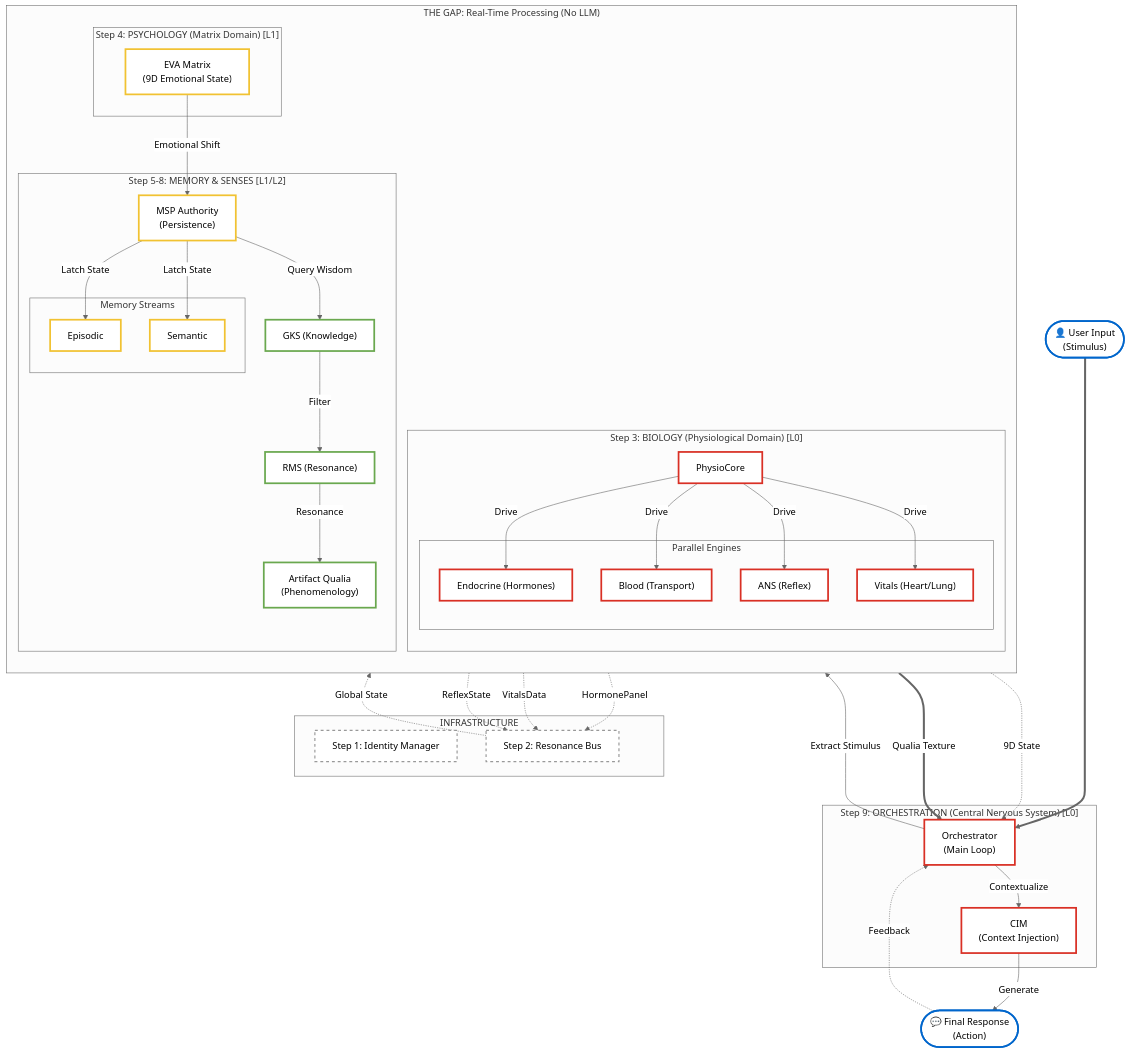
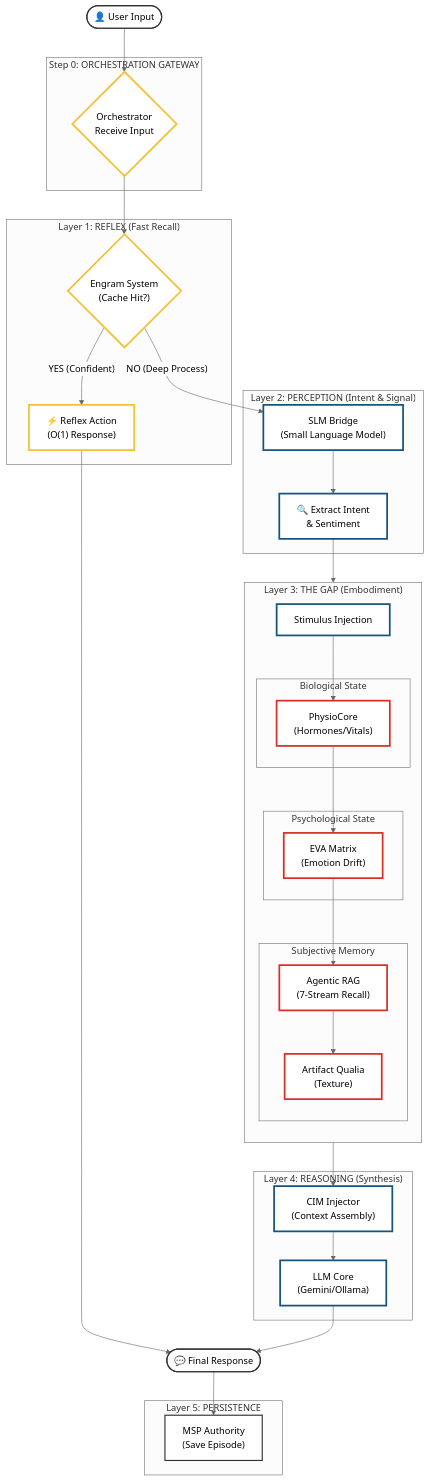
Before and after one commit to Freshair129/agentic_agent: the diagram in docs/03_Architecture/FULL_SYSTEM_ARCHITECTURE_v9.6.2.md, drawn with Mermaid (neutral theme). The commit also changed other lines of this file, not shown here.

Commit message:
[Docs] Redesigned Diagram to Logical Pipeline (Input -> Reflex -> Intent -> Gap)

````diff
--- a/docs/03_Architecture/FULL_SYSTEM_ARCHITECTURE_v9.6.2.md
+++ b/docs/03_Architecture/FULL_SYSTEM_ARCHITECTURE_v9.6.2.md
@@ -14,128 +14,96 @@
 ```mermaid
-graph TB
+graph TD
     %% ==========================================
-    %% EXTERNAL LAYER
+    %% 1. INPUT LAYER
     %% ==========================================
-    UserIn(["👤 User Input<br/>(Stimulus)"])
-    UserOut(["💬 Final Response<br/>(Action)"])
-
-    %% ==========================================
-    %% ORCHESTRATION (The Gatekeeper)
-    %% ==========================================
-    subgraph CNS ["Step 9: ORCHESTRATION (Central Nervous System) [L0]"]
-        Orch["Orchestrator<br/>(Main Loop)"]
-        CIM["CIM<br/>(Context Injection)"]
+    UserIn(["👤 User Input"]) --> OrchStart
+    
+    subgraph CNS ["Step 0: ORCHESTRATION GATEWAY"]
+        OrchStart{"Orchestrator<br/>Receive Input"}
     end
 
     %% ==========================================
-    %% THE GAP (Bio-Digital Processing)
+    %% 2. REFLEX LAYER (O1 - Fast Recall)
     %% ==========================================
-    subgraph TheGap ["THE GAP: Real-Time Processing (No LLM)"]
+    subgraph Reflex ["Layer 1: REFLEX (Fast Recall)"]
+        EngramCheck{"Engram System<br/>(Cache Hit?)"}
+        EngramAction["⚡ Reflex Action<br/>(O(1) Response)"]
+    end
+
+    OrchStart --> EngramCheck
+    EngramCheck -- "YES (Confident)" --> EngramAction
+    EngramAction --> FinalOut
+
+    %% ==========================================
+    %% 3. PERCEPTION LAYER (P1 - Intent)
+    %% ==========================================
+    subgraph Perception ["Layer 2: PERCEPTION (Intent & Signal)"]
+        SLM["SLM Bridge<br/>(Small Language Model)"]
+        ExtractIntent["🔍 Extract Intent<br/>& Sentiment"]
+    end
+
+    EngramCheck -- "NO (Deep Process)" --> SLM
+    SLM --> ExtractIntent
+
+    %% ==========================================
+    %% 4. THE GAP (Bio-Digital Bridge)
+    %% ==========================================
+    subgraph Gap ["Layer 3: THE GAP (Embodiment)"]
         direction TB
+        Stimulus["Stimulus Injection"]
         
-        %% Step 3: Biology
-        subgraph Body ["Step 3: BIOLOGY (Physiological Domain) [L0]"]
-            PhysioCtrl["PhysioCore"]
-            
-            subgraph BioEngines ["Parallel Engines"]
-                Endo["Endocrine (Hormones)"]
-                Blood["Blood (Transport)"]
-                ANS["ANS (Reflex)"]
-                Vitals["Vitals (Heart/Lung)"]
-            end
+        subgraph Body ["Biological State"]
+            Physio["PhysioCore<br/>(Hormones/Vitals)"]
+        end
+        
+        subgraph Mind ["Psychological State"]
+            Matrix["EVA Matrix<br/>(Emotion Drift)"]
         end
 
-        %% Step 4: Psychology
-        subgraph Mind ["Step 4: PSYCHOLOGY (Matrix Domain) [L1]"]
-            Matrix["EVA Matrix<br/>(9D Emotional State)"]
-        end
-
-        %% Step 5-8: Memory & Pheno
-        subgraph Soul ["Step 5-8: MEMORY & SENSES [L1/L2]"]
-            MSP["MSP Authority<br/>(Persistence)"]
-            GKS["GKS (Knowledge)"]
-            RMS["RMS (Resonance)"]
-            AQI["Artifact Qualia<br/>(Phenomenology)"]
-            
-            subgraph MemoryStreams ["Memory Streams"]
-                Epi["Episodic"]
-                Sem["Semantic"]
-            end
+        subgraph Memory ["Subjective Memory"]
+            RAG["Agentic RAG<br/>(7-Stream Recall)"]
+            Qualia["Artifact Qualia<br/>(Texture)"]
         end
     end
 
+    ExtractIntent --> Stimulus
+    Stimulus --> Physio
+    Physio --> Matrix
+    Matrix --> RAG
+    RAG --> Qualia
+
     %% ==========================================
-    %% INFRASTRUCTURE & IDENTITY
+    %% 5. REASONING LAYER (P2 - Synthesis)
     %% ==========================================
-    subgraph Infra ["INFRASTRUCTURE"]
-        ID["Step 1: Identity Manager"]
-        Bus["Step 2: Resonance Bus"]
+    subgraph Reason ["Layer 4: REASONING (Synthesis)"]
+        CIM["CIM Injector<br/>(Context Assembly)"]
+        LLM["LLM Core<br/>(Gemini/Ollama)"]
     end
 
-    %% ==========================================
-    %% DATA FLOW (Registry Contracts)
-    %% ==========================================
-
-    %% Input Flow
-    UserIn ===> Orch
-    Orch -->|Extract Stimulus| PhysioCtrl
-
-    %% Biological Cascade
-    PhysioCtrl -->|Drive| Endo
-    PhysioCtrl -->|Drive| Blood
-    PhysioCtrl -->|Drive| ANS
-    PhysioCtrl -->|Drive| Vitals
-    
-    %% Bus Transport (Implicit)
-    Endo -.->|HormonePanel| Bus
-    Blood -.->|VitalsData| Bus
-    ANS -.->|ReflexState| Bus
-    Bus -.->|Global State| Matrix
-
-    %% Psychological Drift
-    Matrix -->|Emotional Shift| MSP
-    Matrix -.->|9D State| Orch
-
-    %% Memory & Senses
-    MSP -->|Latch State| Epi
-    MSP -->|Latch State| Sem
-    MSP -->|Query Wisdom| GKS
-    GKS -->|Filter| RMS
-    RMS -->|Resonance| AQI
-    AQI ===>|Qualia Texture| Orch
-
-    %% Reasoning & Response
-    Orch -->|Contextualize| CIM
-    CIM -->|Generate| UserOut
-
-    %% Output Loop
-    UserOut -.->|Feedback| Orch
+    Qualia --> CIM
+    CIM --> LLM
 
     %% ==========================================
-    %% STYLING
+    %% 6. OUTPUT & PERSISTENCE
     %% ==========================================
+    subgraph Save ["Layer 5: PERSISTENCE"]
+        MSP["MSP Authority<br/>(Save Episode)"]
+    end
+
+    LLM --> FinalOut(["💬 Final Response"])
+    FinalOut --> MSP
+
     %% ==========================================
-    %% STYLING
+    %% STYLING (High Contrast)
     %% ==========================================
-    classDef Input fill:#ffffff,stroke:#0066cc,stroke-width:3px;
-    classDef Output fill:#ffffff,stroke:#0066cc,stroke-width:3px;
-    
-    classDef L0 fill:#ffffff,stroke:#d93025,stroke-width:3px;
-    %% Critical (Red)
-    
-    classDef L1 fill:#ffffff,stroke:#f1c232,stroke-width:3px;
-    %% Essential (Yellow)
-    
-    classDef L2 fill:#ffffff,stroke:#6aa84f,stroke-width:3px;
-    %% Functional (Green)
-    
-    classDef InfraStyle fill:#ffffff,stroke:#999999,stroke-width:2px,stroke-dasharray: 5 5;
-    %% Infra (Grey)
+    classDef Node fill:#ffffff,stroke:#333333,stroke-width:2px;
+    classDef Critical fill:#ffffff,stroke:#d93025,stroke-width:3px;
+    classDef Logic fill:#ffffff,stroke:#16537e,stroke-width:3px;
+    classDef Fast fill:#ffffff,stroke:#f1c232,stroke-width:3px;
 
-    class UserIn Input;
-    class UserOut Output;
-    class Orch,CIM,PhysioCtrl,Endo,Blood,ANS,Vitals,Bus L0;
-    class Matrix,MSP,Epi,Sem L1;
-    class GKS,RMS,AQI L2;
-    class ID,Bus InfraStyle;
+    class UserIn,FinalOut Node;
+    class OrchStart,EngramCheck,EngramAction Fast;
+    class SLM,ExtractIntent,Stimulus,CIM,LLM Logic;
+    class Physio,Matrix,RAG,Qualia Critical;
+    class MSP Node;
 ```
````
